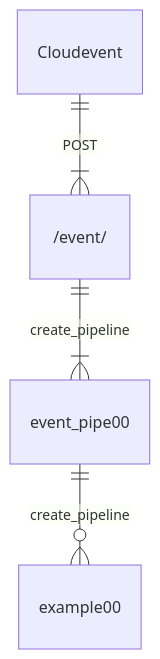
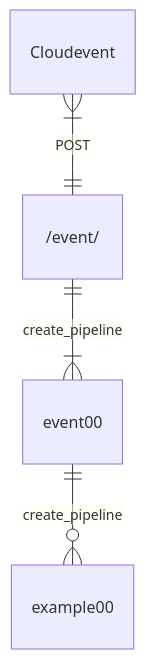
One commit to cellsignal/kedro-graphql changed the diagram in docs/events.md. Above: the diagram before and after it, drawn with Mermaid. The commit also changed other lines of this file, not shown here.

````diff
--- a/docs/events.md
+++ b/docs/events.md
@@ -59,7 +62,7 @@
 ```mermaid
 erDiagram
-    Cloudevent ||--|{ "/event/" : POST
-    "/event/" ||--|{ event_pipe00 : create_pipeline
-    "event_pipe00" ||--o{ example00 : create_pipeline
+    Cloudevent |{--|| "/event/" : POST
+    "/event/" ||--|{ event00 : create_pipeline
+    "event00" ||--o{ example00 : create_pipeline
 
 ```
````
